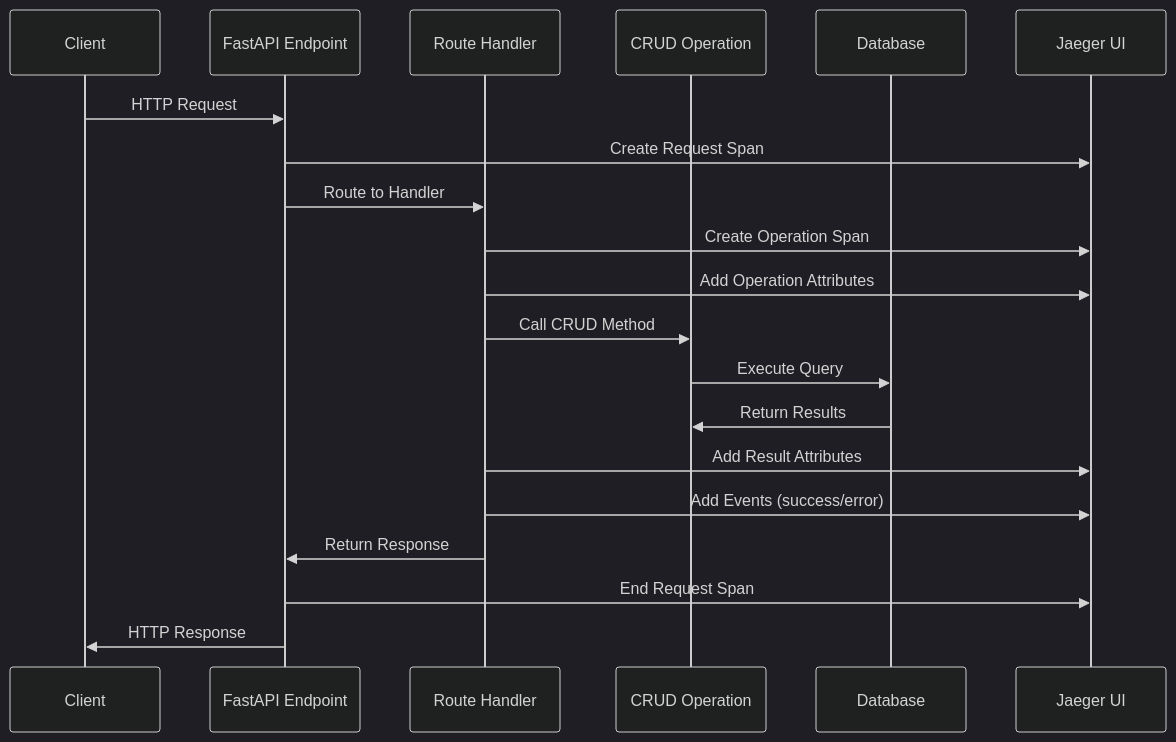
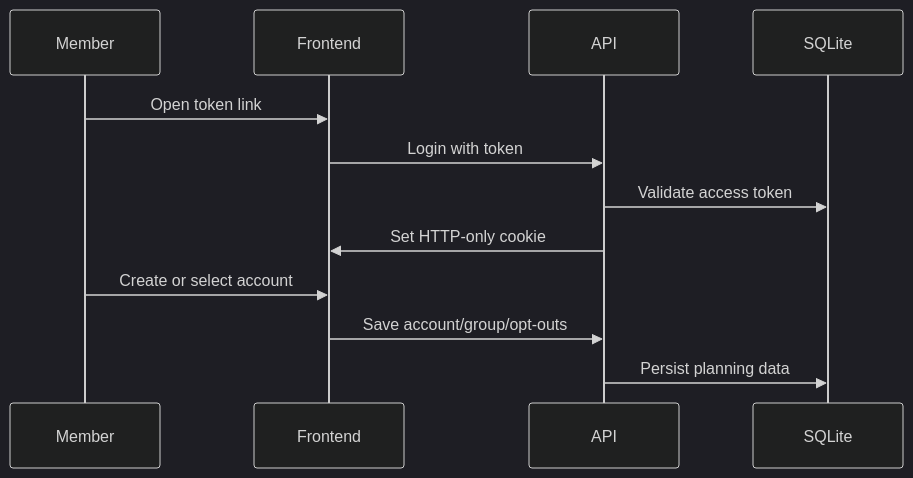
The first of 2 diagrams in docs/architecture/overview.md (ini272/open-flair-shiftplan), drawn with Mermaid (dark theme) before and after one commit. The commit also changed other lines of this file and 57 other files, not shown here.

````diff
--- a/docs/architecture/overview.md
+++ b/docs/architecture/overview.md
@@ -127,27 +14,15 @@
 ```mermaid
 sequenceDiagram
-    participant Client
-    participant API as FastAPI Endpoint
-    participant Handler as Route Handler
-    participant CRUD as CRUD Operation
-    participant DB as Database
-    participant Jaeger as Jaeger UI
-    
-    Client->>API: HTTP Request
-    API->>Jaeger: Create Request Span
-    API->>Handler: Route to Handler
-    
-    Handler->>Jaeger: Create Operation Span
-    Handler->>Jaeger: Add Operation Attributes
-    
-    Handler->>CRUD: Call CRUD Method
-    CRUD->>DB: Execute Query
-    DB->>CRUD: Return Results
-    
-    Handler->>Jaeger: Add Result Attributes
-    Handler->>Jaeger: Add Events (success/error)
-    
-    Handler->>API: Return Response
-    API->>Jaeger: End Request Span
-    API->>Client: HTTP Response
+    participant Member
+    participant Frontend
+    participant API
+    participant DB as SQLite
+
+    Member->>Frontend: Open token link
+    Frontend->>API: Login with token
+    API->>DB: Validate access token
+    API->>Frontend: Set HTTP-only cookie
+    Member->>Frontend: Create or select account
+    Frontend->>API: Save account/group/opt-outs
+    API->>DB: Persist planning data
 ```
````
